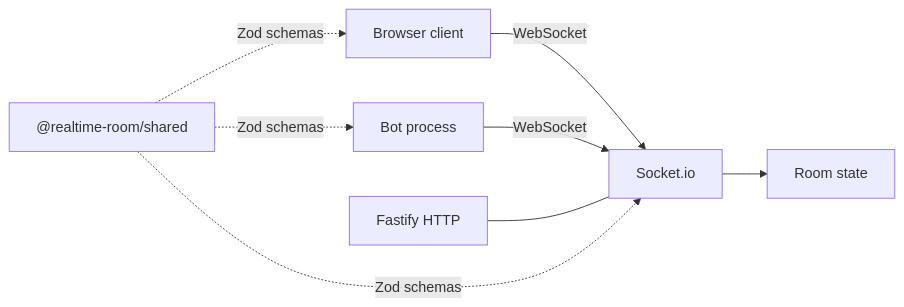
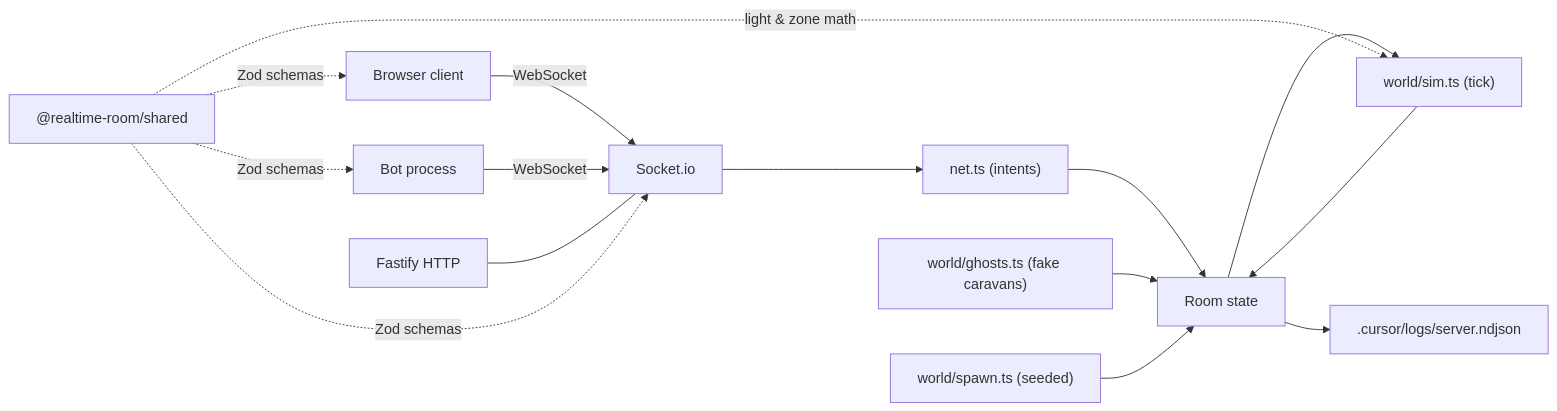
The diagram in docs/architecture.md (Archopoia/White-Exile), drawn with Mermaid before and after one commit. The commit also changed other lines of this file and 32 other files, not shown here.

````diff
--- a/docs/architecture.md
+++ b/docs/architecture.md
@@ -7,16 +7,28 @@
 ```mermaid
 flowchart LR
   Browser[Browser client]
   BotProc[Bot process]
   Fastify[Fastify HTTP]
   IO[Socket.io]
+  Net["net.ts (intents)"]
   Room[Room state]
+  Sim["world/sim.ts (tick)"]
+  Ghosts["world/ghosts.ts (fake caravans)"]
+  Spawn["world/spawn.ts (seeded)"]
   Shared["@realtime-room/shared"]
+  Logs[".cursor/logs/server.ndjson"]
   Browser -->|WebSocket| IO
   BotProc -->|WebSocket| IO
   Fastify --- IO
-  IO --> Room
+  IO --> Net
+  Net --> Room
+  Room --> Sim
+  Ghosts --> Room
+  Spawn --> Room
+  Sim --> Room
   Shared -.->|Zod schemas| Browser
   Shared -.->|Zod schemas| IO
   Shared -.->|Zod schemas| BotProc
+  Shared -.->|light & zone math| Sim
+  Room --> Logs
 ```
````
